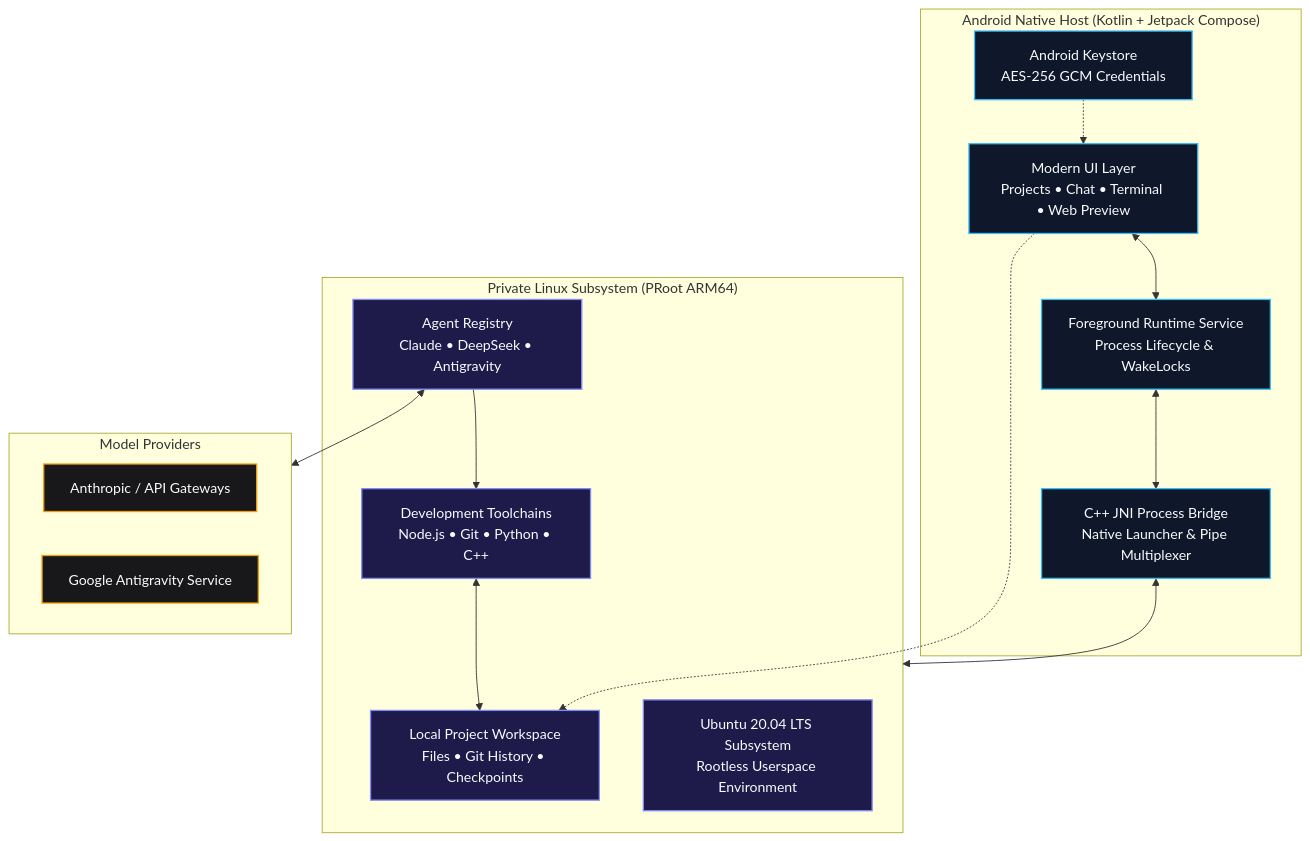
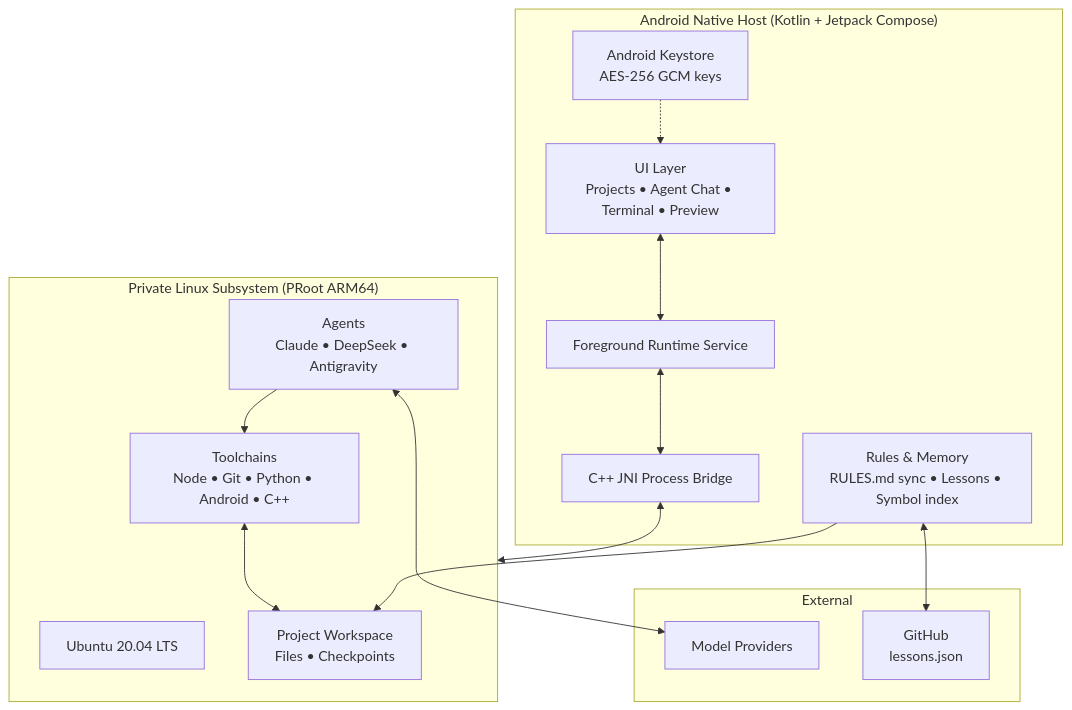
The diagram in README.md (mrtuik/RlaudeHarness), drawn with Mermaid before and after one commit. The commit also changed other lines of this file, not shown here.

````diff
--- a/README.md
+++ b/README.md
@@ -247,38 +171,32 @@
 ```mermaid
 flowchart TB
     subgraph Host[" Android Native Host (Kotlin + Jetpack Compose) "]
-        UI["Modern UI Layer<br/>Projects • Chat • Terminal • Web Preview"]
-        Service["Foreground Runtime Service<br/>Process Lifecycle & WakeLocks"]
-        Keystore["Android Keystore<br/>AES-256 GCM Credentials"]
-        Bridge["C++ JNI Process Bridge<br/>Native Launcher & Pipe Multiplexer"]
+        UI["UI Layer<br/>Projects • Agent Chat • Terminal • Preview"]
+        Rules["Rules & Memory<br/>RULES.md sync • Lessons • Symbol index"]
+        Service["Foreground Runtime Service"]
+        Keystore["Android Keystore<br/>AES-256 GCM keys"]
+        Bridge["C++ JNI Process Bridge"]
     end
 
     subgraph Subsystem[" Private Linux Subsystem (PRoot ARM64) "]
-        Ubuntu["Ubuntu 20.04 LTS Subsystem<br/>Rootless Userspace Environment"]
-        Agent["Agent Registry<br/>Claude • DeepSeek • Antigravity"]
-        Tools["Development Toolchains<br/>Node.js • Git • Python • C++"]
-        Workspace["Local Project Workspace<br/>Files • Git History • Checkpoints"]
+        Ubuntu["Ubuntu 20.04 LTS"]
+        Agent["Agents<br/>Claude • DeepSeek • Antigravity"]
+        Tools["Toolchains<br/>Node • Git • Python • Android • C++"]
+        Workspace["Project Workspace<br/>Files • Checkpoints"]
     end
 
-    subgraph Cloud[" Model Providers "]
-        Anthropic["Anthropic / API Gateways"]
-        Gateways["Google Antigravity Service"]
+    subgraph Cloud[" External "]
+        Providers["Model Providers"]
+        GH["GitHub<br/>lessons.json"]
     end
 
     UI <--> Service
     Service <--> Bridge
     Bridge <--> Subsystem
+    Rules --> Workspace
+    Rules <--> GH
     Keystore -.-> UI
-    Agent <--> Cloud
+    Agent <--> Providers
     Agent --> Tools
     Tools <--> Workspace
-    UI -.-> Workspace
-
-    classDef hostStyle fill:#0f172a,stroke:#38bdf8,stroke-width:1.5px,color:#f8fafc;
-    classDef subStyle fill:#1e1b4b,stroke:#818cf8,stroke-width:1.5px,color:#f8fafc;
-    classDef cloudStyle fill:#18181b,stroke:#f59e0b,stroke-width:1.5px,color:#f8fafc;
-
-    class UI,Service,Keystore,Bridge hostStyle;
-    class Ubuntu,Agent,Tools,Workspace subStyle;
-    class Anthropic,Gateways cloudStyle;
 ```
````
